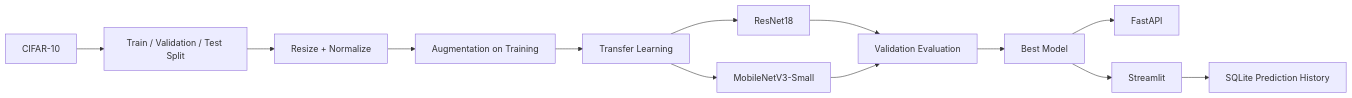
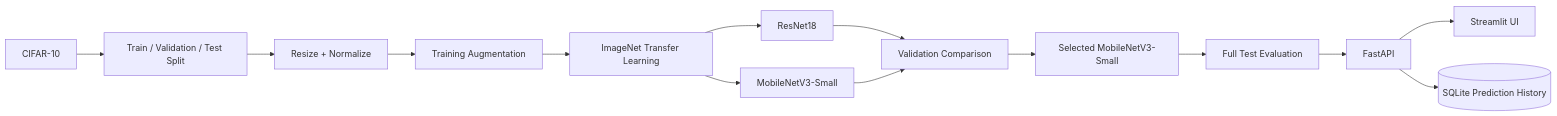
The first of 2 diagrams in README.md (Kasi-coder/ai-image-classification-platform), drawn with Mermaid before and after one commit. The commit also changed other lines of this file, not shown here.

Commit message:
Improve README with final results, demo, architecture, and documentation

````diff
--- a/README.md
+++ b/README.md
@@ -123,15 +68,16 @@
 ```mermaid
 flowchart LR
     A[CIFAR-10] --> B[Train / Validation / Test Split]
     B --> C[Resize + Normalize]
-    C --> D[Augmentation on Training]
-    D --> E[Transfer Learning]
+    C --> D[Training Augmentation]
+    D --> E[ImageNet Transfer Learning]
     E --> F[ResNet18]
     E --> G[MobileNetV3-Small]
-    F --> H[Validation Evaluation]
+    F --> H[Validation Comparison]
     G --> H
-    H --> I[Best Model]
-    I --> J[FastAPI]
-    I --> K[Streamlit]
-    K --> L[SQLite Prediction History]
+    H --> I[Selected MobileNetV3-Small]
+    I --> J[Full Test Evaluation]
+    J --> K[FastAPI]
+    K --> L[Streamlit UI]
+    K --> M[(SQLite Prediction History)]
 ```
````
